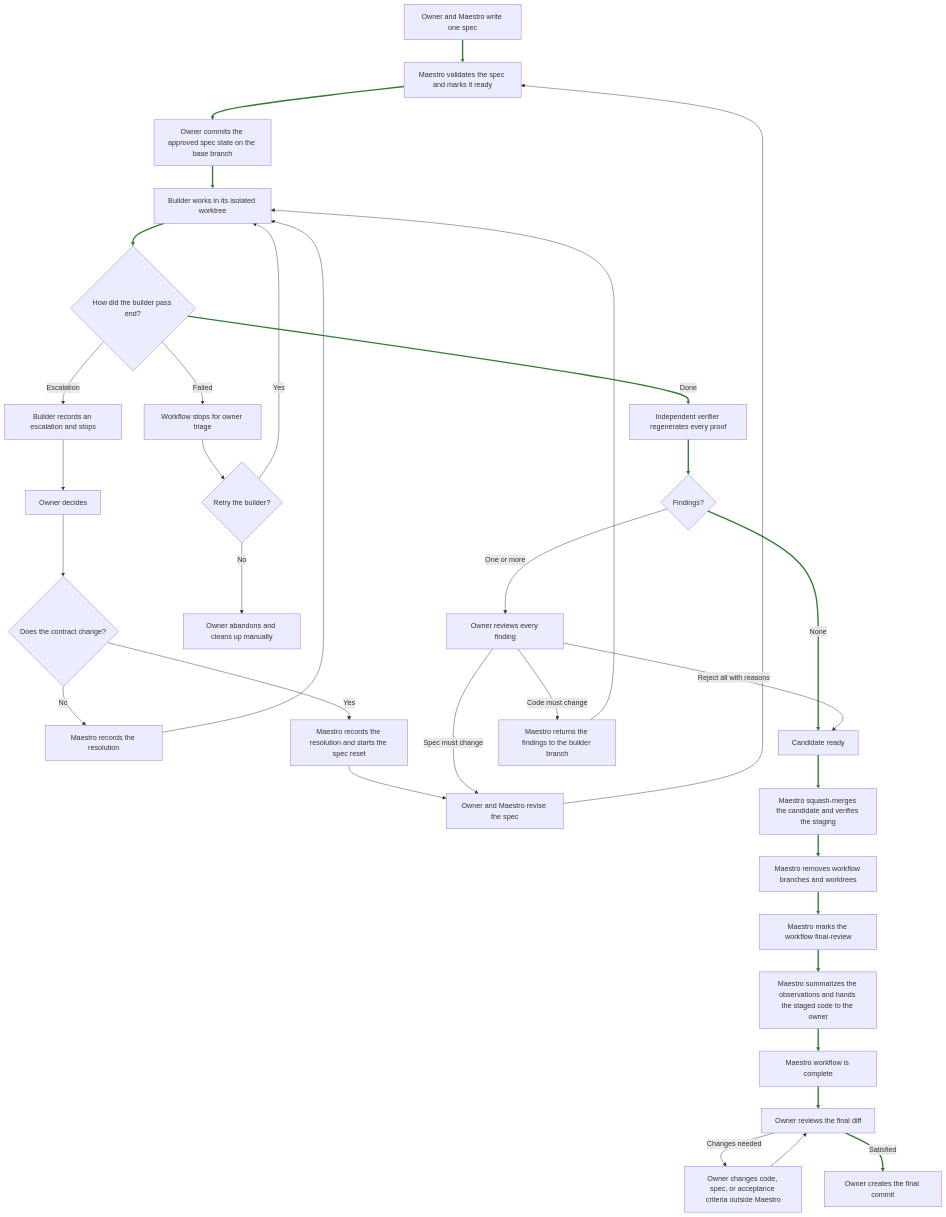
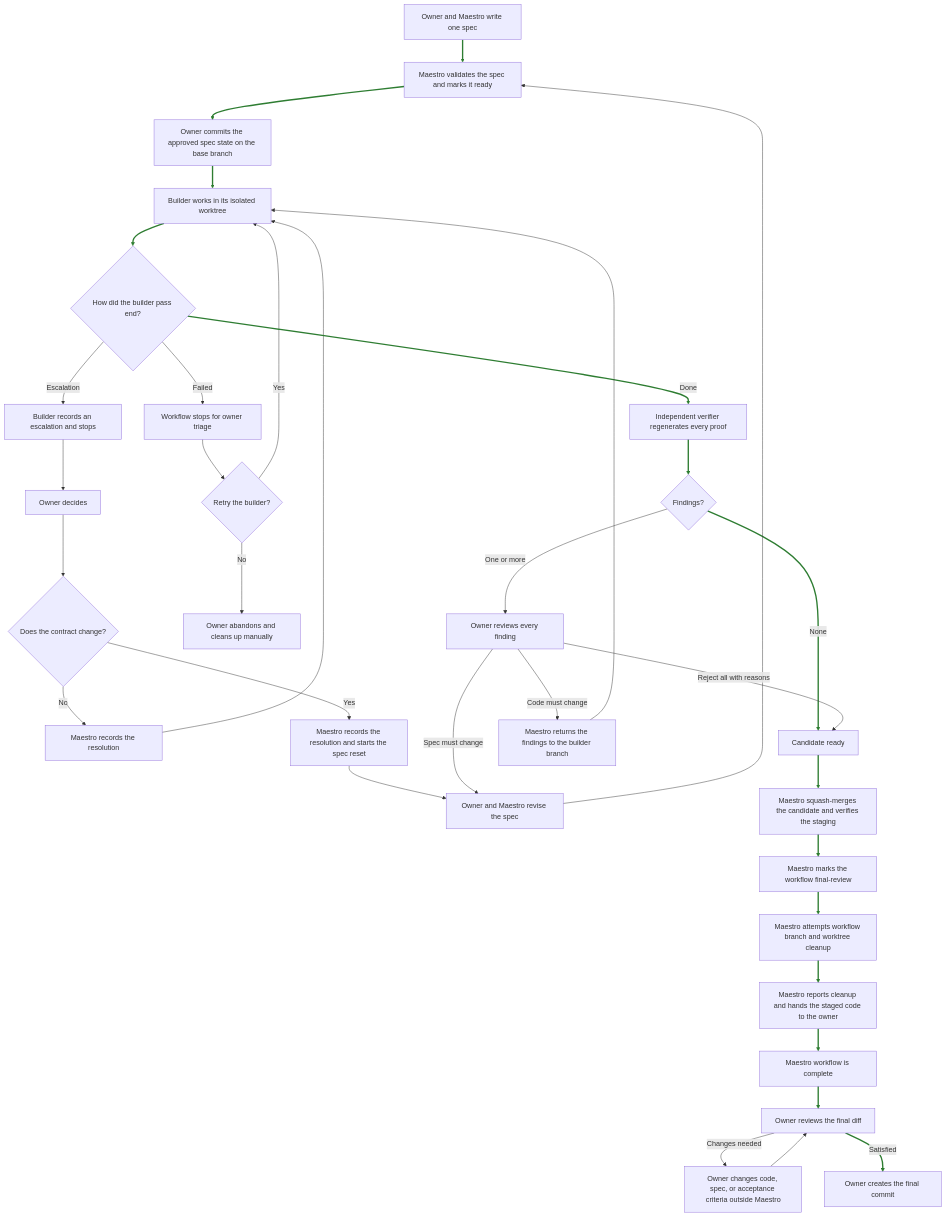
One commit to emilioSp/pi-maestro changed the diagram in docs/workflow.md. Above: the diagram before and after it, drawn with Mermaid. The commit also changed other lines of this file and 34 other files, not shown here.

````diff
--- a/docs/workflow.md
+++ b/docs/workflow.md
@@ -58,52 +58,52 @@
 ```mermaid
 flowchart TD
     spec[Owner and Maestro write one spec]
     ready[Maestro validates the spec and marks it ready]
     approval[Owner commits the approved spec state on the base branch]
     build[Builder works in its isolated worktree]
     buildOutcome{How did the builder pass end?}
 
     spec --> ready
     ready --> approval
     approval --> build
     build --> buildOutcome
 
     buildOutcome -->|Escalation| escalation[Builder records an escalation and stops]
     escalation --> ownerAnswer[Owner decides]
     ownerAnswer --> escalationOutcome{Does the contract change?}
     escalationOutcome -->|No| recordContinue[Maestro records the resolution]
     recordContinue --> build
     escalationOutcome -->|Yes| recordRevision[Maestro records the resolution and starts the spec reset]
     recordRevision --> reviseSpec
 
     buildOutcome -->|Failed| builderFailed[Workflow stops for owner triage]
     builderFailed --> retryBuilder{Retry the builder?}
     retryBuilder -->|Yes| build
     retryBuilder -->|No| manualAbandon[Owner abandons and cleans up manually]
 
     buildOutcome -->|Done| verify[Independent verifier regenerates every proof]
     verify --> findings{Findings?}
 
     findings -->|None| candidate[Candidate ready]
     findings -->|One or more| ownerFindings[Owner reviews every finding]
 
     ownerFindings -->|Reject all with reasons| candidate
     ownerFindings -->|Code must change| returnBuilder[Maestro returns the findings to the builder branch]
     returnBuilder --> build
 
     ownerFindings -->|Spec must change| reviseSpec[Owner and Maestro revise the spec]
     reviseSpec --> ready
 
     candidate --> staged[Maestro squash-merges the candidate and verifies the staging]
-    staged --> cleanup[Maestro removes workflow branches and worktrees]
-    cleanup --> finalState[Maestro marks the workflow final-review]
-    finalState --> finalSummary[Maestro summarizes the observations and hands the staged code to the owner]
+    staged --> finalState[Maestro marks the workflow final-review]
+    finalState --> cleanup[Maestro attempts workflow branch and worktree cleanup]
+    cleanup --> finalSummary[Maestro reports cleanup and hands the staged code to the owner]
     finalSummary --> workflowDone[Maestro workflow is complete]
     workflowDone --> humanReview[Owner reviews the final diff]
 
     humanReview -->|Changes needed| adjust[Owner changes code, spec, or acceptance criteria outside Maestro]
     adjust --> humanReview
     humanReview -->|Satisfied| finalCommit[Owner creates the final commit]
 
     linkStyle 0,1,2,3,15,16,17,24,25,26,27,28,29,32 stroke:#2e7d32,stroke-width:3px
 ```
````
